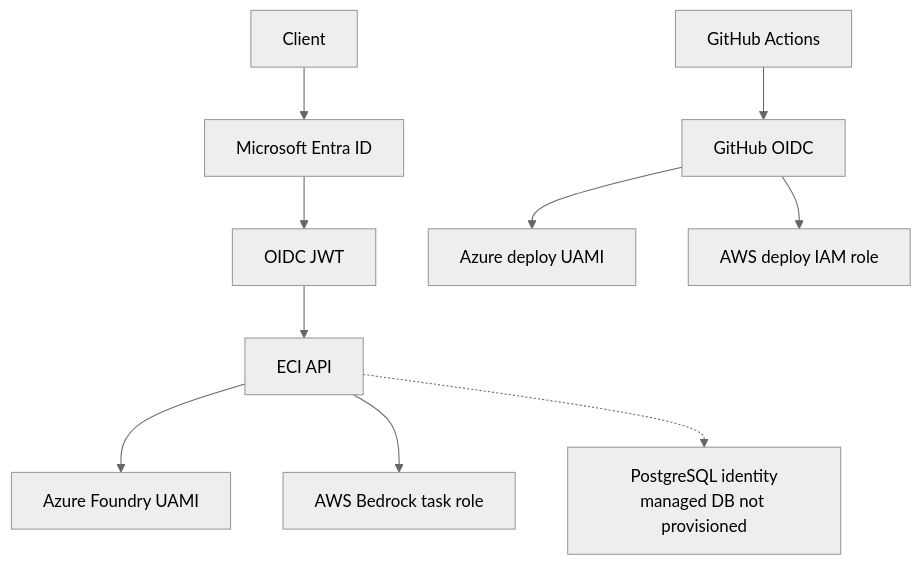
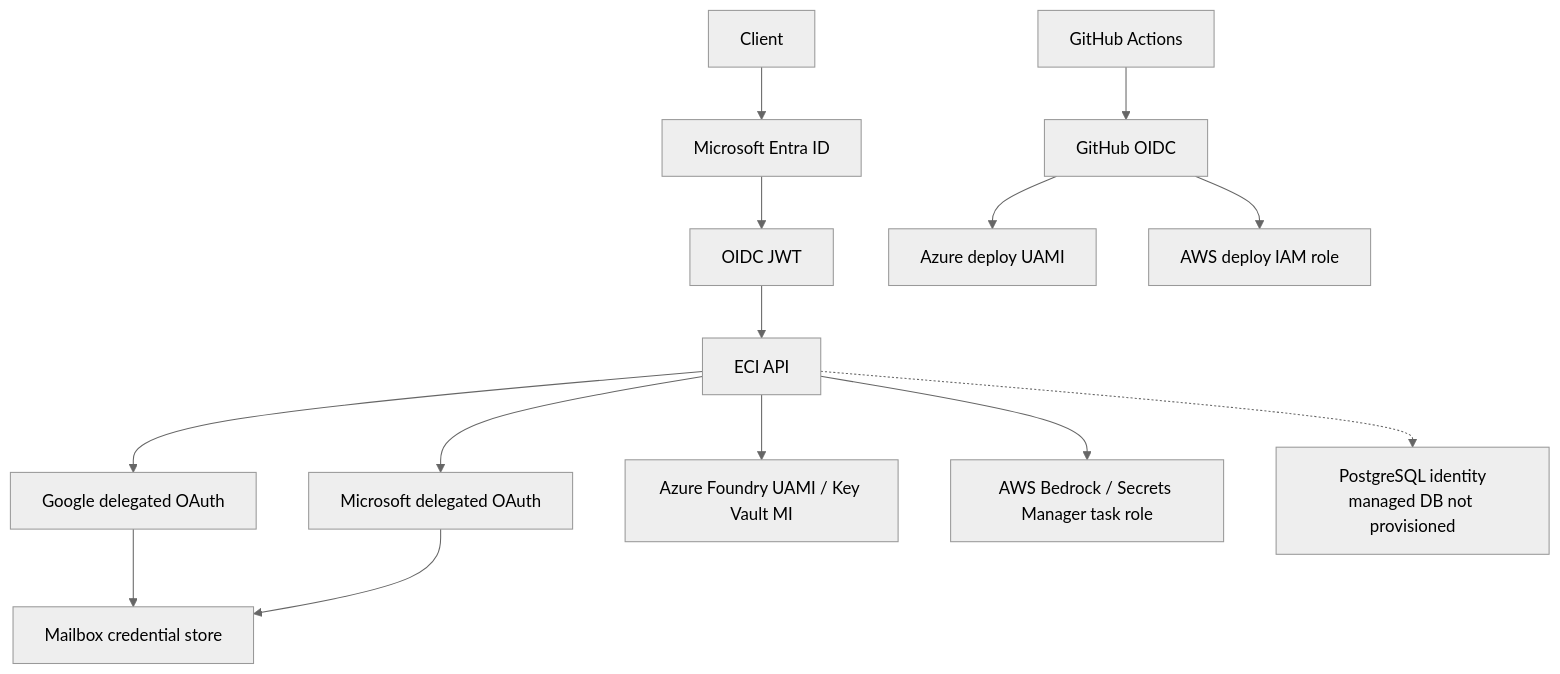
The diagram in docs/diagrams/identity.mmd (Susanta2025-lab/enterprise-communication-intelligence), drawn with Mermaid (neutral theme) before and after one commit. The commit also changed 69 other files, not shown here.

Commit message:
feat: complete mailbox credential lifecycle

```diff
--- a/docs/diagrams/identity.mmd
+++ b/docs/diagrams/identity.mmd
@@ -1,22 +1,29 @@
 flowchart TD
     Client["Client"]
     Entra["Microsoft Entra ID"]
     JWT["OIDC JWT"]
     ECI["ECI API"]
-    FoundryUAMI["Azure Foundry UAMI"]
-    BedrockRole["AWS Bedrock task role"]
+    Google["Google delegated OAuth"]
+    Microsoft["Microsoft delegated OAuth"]
+    Store["Mailbox credential store"]
+    FoundryUAMI["Azure Foundry UAMI / Key Vault MI"]
+    BedrockRole["AWS Bedrock / Secrets Manager task role"]
     Database["PostgreSQL identity<br/>managed DB not provisioned"]
     GitHub["GitHub Actions"]
     GHOidc["GitHub OIDC"]
     AzDeploy["Azure deploy UAMI"]
     AwsDeploy["AWS deploy IAM role"]
 
     Client --> Entra
     Entra --> JWT
     JWT --> ECI
+    ECI --> Google
+    ECI --> Microsoft
+    Google --> Store
+    Microsoft --> Store
     ECI --> FoundryUAMI
     ECI --> BedrockRole
     ECI -.-> Database
     GitHub --> GHOidc
     GHOidc --> AzDeploy
     GHOidc --> AwsDeploy
```
